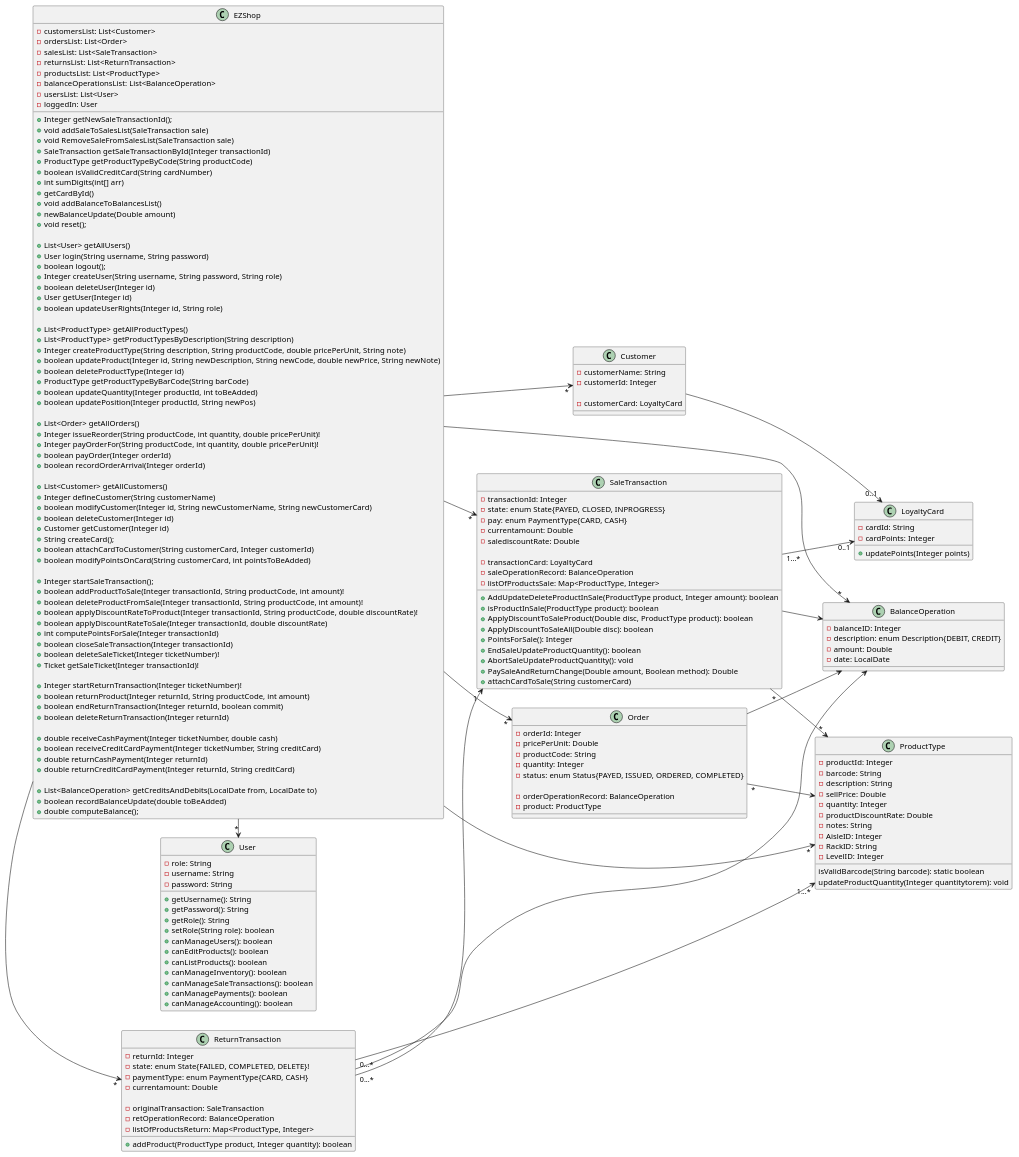
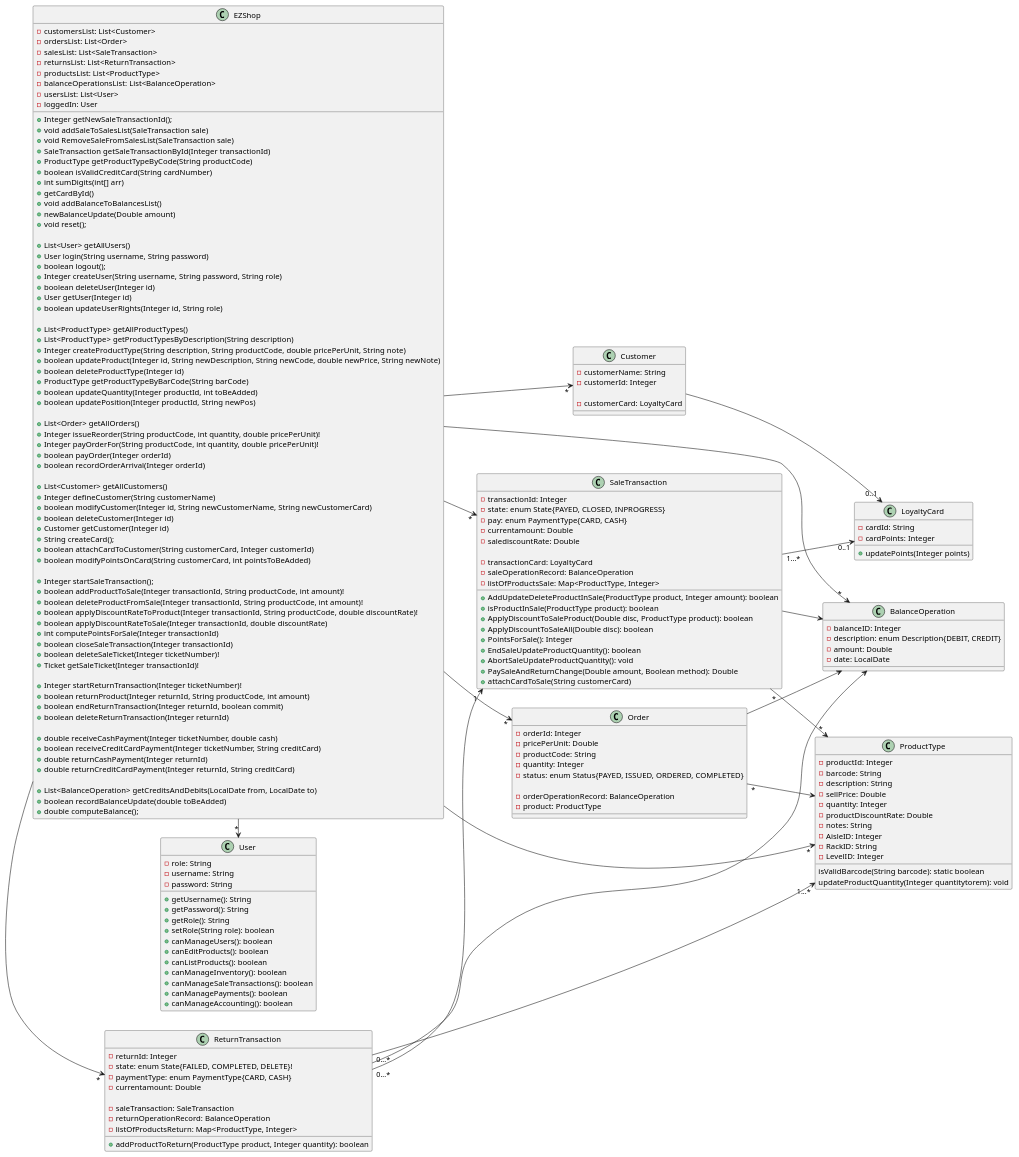
The first of 15 diagrams in Deliverables/DesignDocument.md (gioele-scaletta/EZShop-Software-Engineering-Project), drawn with PlantUML before and after one commit. The commit also changed other lines of this file, not shown here.

Commit message:
docs: update sequence diagrams for scenarios 8.1, 8.2, 9.1, 10.1, 10.2

```diff
--- a/Deliverables/DesignDocument.md
+++ b/Deliverables/DesignDocument.md
@@ -212,11 +212,11 @@
     -paymentType: enum PaymentType{CARD, CASH}
     -currentamount: Double
 
-    -originalTransaction: SaleTransaction
-    -retOperationRecord: BalanceOperation
+    -saleTransaction: SaleTransaction
+    -returnOperationRecord: BalanceOperation
     -listOfProductsReturn: Map<ProductType, Integer>
 
-    +addProduct(ProductType product, Integer quantity): boolean
+    +addProductToReturn(ProductType product, Integer quantity): boolean
 }
 
 
```
